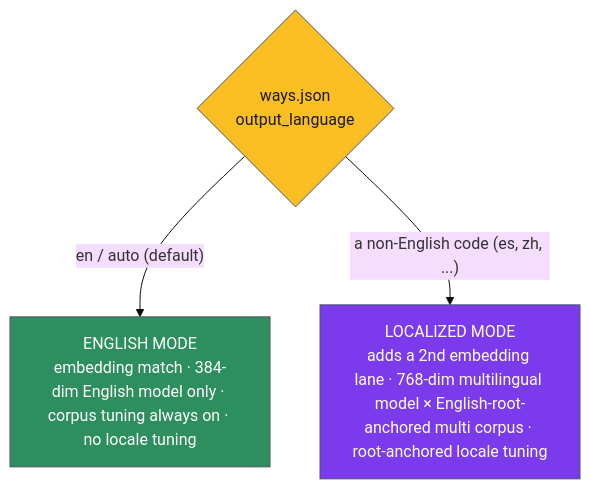
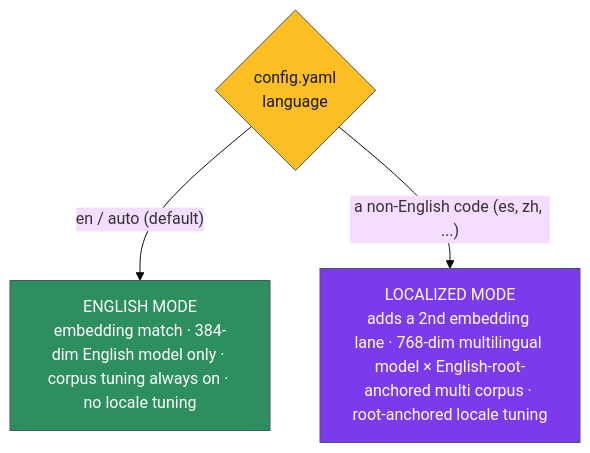
The diagram in docs/explanation/localization/adopter-localization-the-model.md (aaronsb/agent-ways), drawn with Mermaid (base theme) before and after one commit. The commit also changed other lines of this file and 41 other files, not shown here.

````diff
--- a/docs/explanation/localization/adopter-localization-the-model.md
+++ b/docs/explanation/localization/adopter-localization-the-model.md
@@ -29,13 +29,13 @@
 ```mermaid
 flowchart TD
-    Q{ways.json<br/>output_language} -->|"en / auto (default)"| EN[ENGLISH MODE<br/>embedding match · 384-dim English model only · corpus tuning always on · no locale tuning]
+    Q{config.yaml<br/>language} -->|"en / auto (default)"| EN[ENGLISH MODE<br/>embedding match · 384-dim English model only · corpus tuning always on · no locale tuning]
     Q -->|"a non-English code (es, zh, ...)"| LOC[LOCALIZED MODE<br/>adds a 2nd embedding lane · 768-dim multilingual model × English-root-anchored multi corpus · root-anchored locale tuning]
 
     classDef config fill:#fbbf24,stroke:#4a5568,color:#1a1a1a
     classDef steady fill:#2d8e5e,stroke:#4a5568,color:#ffffff
     classDef core fill:#7c3aed,stroke:#4a5568,color:#ffffff
 
     class Q config
     class EN steady
     class LOC core
 ```
````
